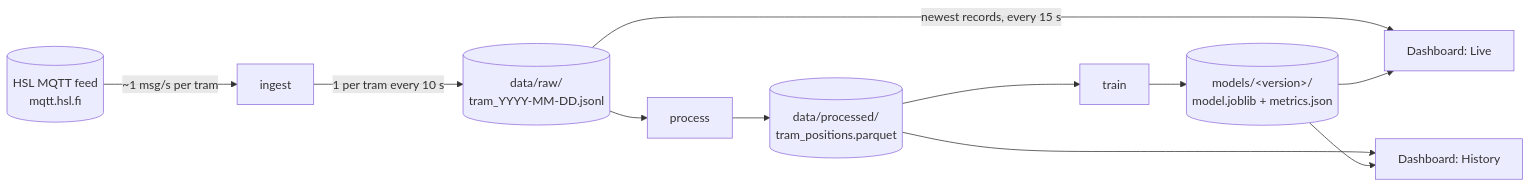
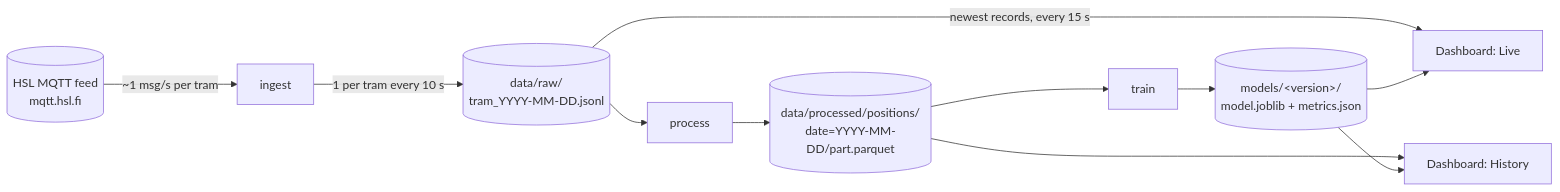
The diagram in README.md (girimohan/helsinki-tram-mlops), drawn with Mermaid before and after one commit. The commit also changed other lines of this file and 19 other files, not shown here.

````diff
--- a/README.md
+++ b/README.md
@@ -41,13 +41,13 @@
 ```mermaid
 flowchart LR
     HSL[("HSL MQTT feed<br/>mqtt.hsl.fi")] -->|~1 msg/s per tram| I[ingest]
     I -->|1 per tram every 10 s| R[("data/raw/<br/>tram_YYYY-MM-DD.jsonl")]
     R --> P[process]
-    P --> D[("data/processed/<br/>tram_positions.parquet")]
+    P --> D[("data/processed/positions/<br/>date=YYYY-MM-DD/part.parquet")]
     D --> T[train]
     T --> M[("models/&lt;version&gt;/<br/>model.joblib + metrics.json")]
     R -->|newest records, every 15 s| L[Dashboard: Live]
     D --> H[Dashboard: History]
     M --> L
     M --> H
 ```
````
